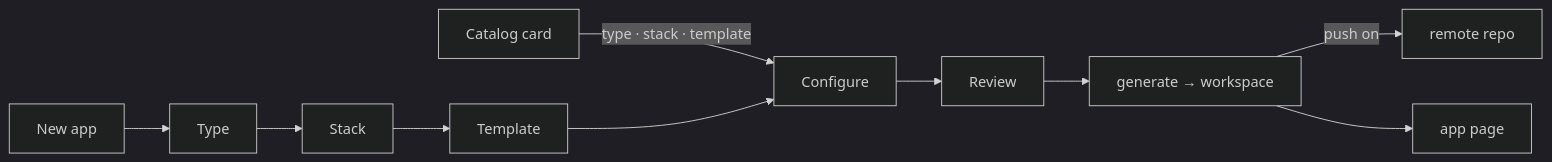
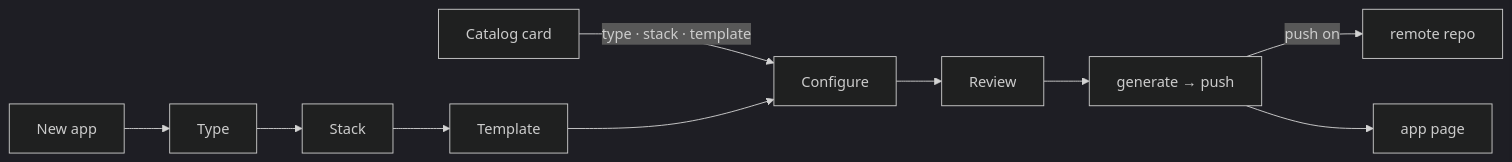
Before and after one commit to actionplatform/action-platform: the second of 2 diagrams in docs/use_web.md, drawn with Mermaid (dark theme). The commit also changed other lines of this file and 7 other files, not shown here.

````diff
--- a/docs/use_web.md
+++ b/docs/use_web.md
@@ -66,7 +66,7 @@
 ```mermaid
 flowchart LR
     C[Catalog card] -->|type · stack · template| S4
-    N[New app] --> S1[Type] --> S2[Stack] --> S3[Template] --> S4[Configure] --> S5[Review] --> G["generate → workspace"]
+    N[New app] --> S1[Type] --> S2[Stack] --> S3[Template] --> S4[Configure] --> S5[Review] --> G["generate → push"]
     G -->|push on| R[remote repo]
     G --> Page[app page]
 ```
````
